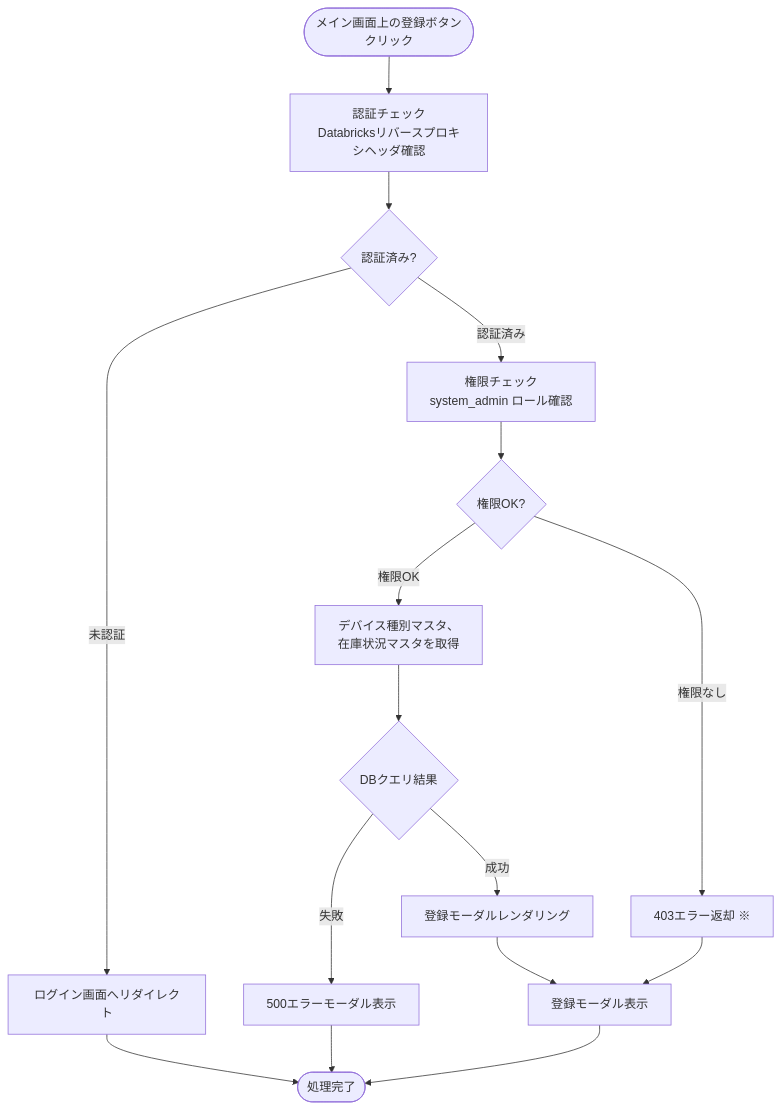
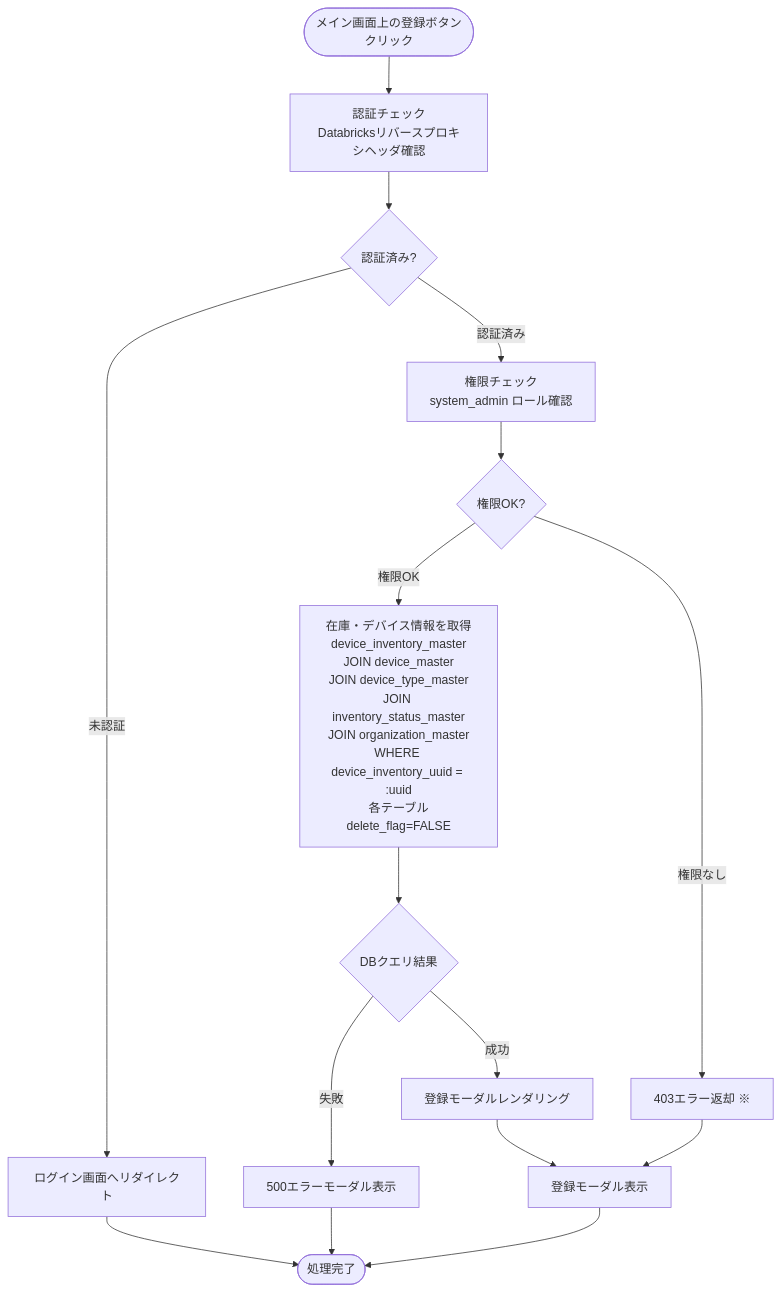
One commit to NSW-SVCP-AIWG002/Databricks-IoT changed the third of 9 diagrams in docs/03-features/flask-app/device-inventory/workflow-specification.md. Above: the diagram before and after it, drawn with Mermaid. The commit also changed other lines of this file and 3 other files, not shown here.

````diff
--- a/docs/03-features/flask-app/device-inventory/workflow-specification.md
+++ b/docs/03-features/flask-app/device-inventory/workflow-specification.md
@@ -451,24 +452,24 @@
 ```mermaid
 flowchart TD
     Start([メイン画面上の登録ボタン<br>クリック]) --> Auth[認証チェック<br>Databricksリバースプロキシヘッダ確認]
     Auth --> CheckAuth{認証済み?}
     CheckAuth -->|未認証| Error401[ログイン画面へリダイレクト]
     Error401 --> End([処理完了])
 
     CheckAuth -->|認証済み| Permission[権限チェック<br>system_admin ロール確認]
     Permission --> CheckPerm{権限OK?}
 
-    CheckPerm -->|権限OK| LoadMaster[デバイス種別マスタ、<br>在庫状況マスタを取得]
+    CheckPerm -->|権限OK| LoadMaster[在庫・デバイス情報を取得<br>device_inventory_master<br>JOIN device_master<br>JOIN device_type_master<br>JOIN inventory_status_master<br>JOIN organization_master<br>WHERE device_inventory_uuid = :uuid<br>各テーブルdelete_flag=FALSE]
     LoadMaster --> QueryDB{DBクエリ結果}
 
     QueryDB -->|失敗| Error500[500エラーモーダル表示]
     Error500 --> End
 
     QueryDB -->|成功| Template[登録モーダルレンダリング]
     Template --> Response[登録モーダル表示]
 
     CheckPerm -->|権限なし| Error403[403エラー返却 ※]
     Error403 --> Response
 
     Response --> End
 ```
````
